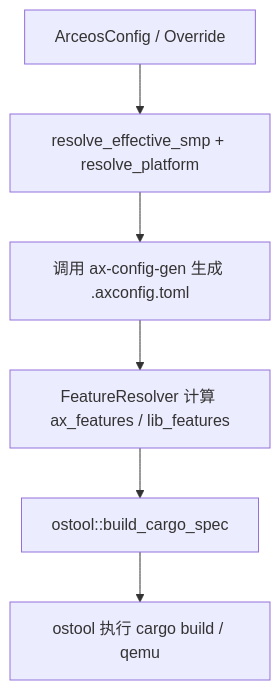
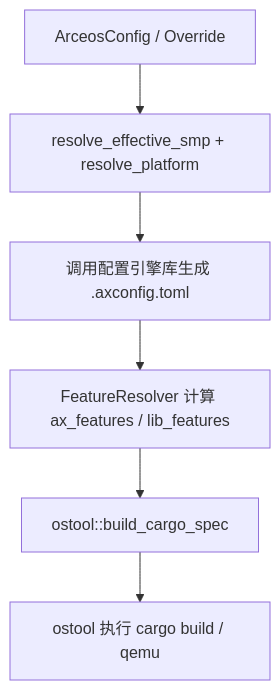
One commit to rcore-os/tgoskits changed the first of 2 diagrams in docs/docs/components/crates/axbuild.md. Above: the diagram before and after it, drawn with Mermaid. The commit also changed other lines of this file and 48 other files, not shown here.

````diff
--- a/docs/docs/components/crates/axbuild.md
+++ b/docs/docs/components/crates/axbuild.md
@@ -24,8 +24,8 @@
 ```mermaid
 flowchart TD
     A["ArceosConfig / Override"] --> B["resolve_effective_smp + resolve_platform"]
-    B --> C["调用 ax-config-gen 生成 .axconfig.toml"]
+    B --> C["调用配置引擎库生成 .axconfig.toml"]
     C --> D["FeatureResolver 计算 ax_features / lib_features"]
     D --> E["ostool::build_cargo_spec"]
     E --> F["ostool 执行 cargo build / qemu"]
 ```
````
